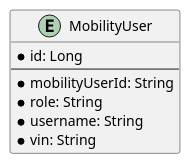
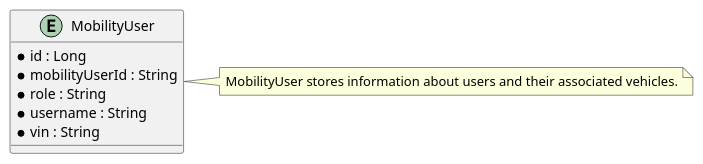
Before and after one commit to shreya-cn/autodev.ai: the fifth of 5 diagrams in usermanagement/documentation/detaileddesign.adoc, drawn with PlantUML. The commit also changed other lines of this file and 3 other files, not shown here.

```diff
--- a/usermanagement/documentation/detaileddesign.adoc
+++ b/usermanagement/documentation/detaileddesign.adoc
@@ -160,11 +220,14 @@
-[plantuml, er-diagram, png]
-....
+[plantuml, entity-relationship-diagram, png]
+----
+@startuml
 entity "MobilityUser" {
-  *id: Long
-  --
-  *mobilityUserId: String
-  *role: String
-  *username: String
-  *vin: String
+    * id : Long
+    * mobilityUserId : String
+    * role : String
+    * username : String
+    * vin : String
 }
-....
+
+note right of MobilityUser : MobilityUser stores information about users and their associated vehicles.
+@enduml
+----
```
